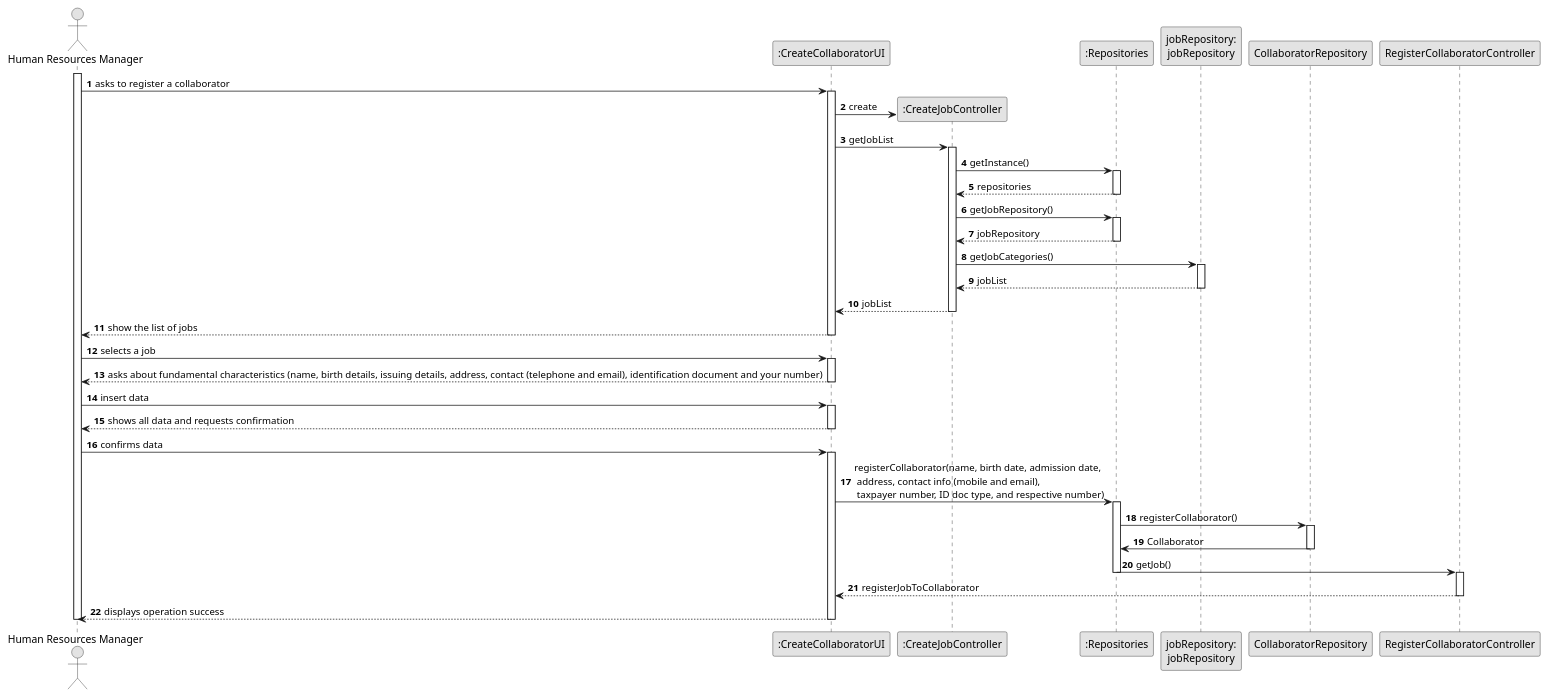
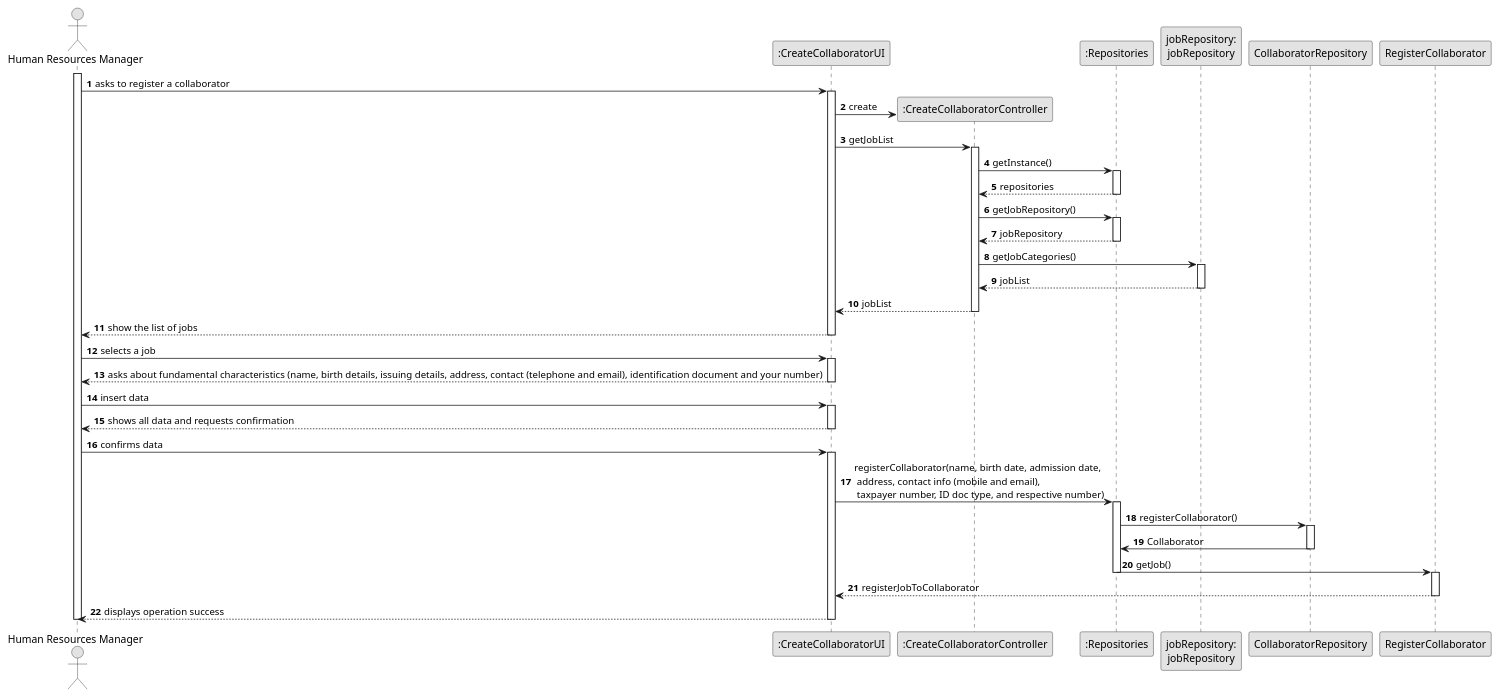
The diagram in docs/sprintB/us003/03.design/puml/us003-sequence-diagram-full.puml (Departamento-de-Engenharia-Informatica/lei-24-s2-1dl-g121), drawn with PlantUML before and after one commit. The commit also changed 2 other files, not shown here.

```diff
--- a/docs/sprintB/us003/03.design/puml/us003-sequence-diagram-full.puml
+++ b/docs/sprintB/us003/03.design/puml/us003-sequence-diagram-full.puml
@@ -1,102 +1,102 @@
 @startuml
 skinparam monochrome true
 skinparam packageStyle rectangle
 skinparam shadowing false
 
 autonumber
 
 'hide footbox
 actor "Human Resources Manager" as ADM
 participant ":CreateCollaboratorUI" as UI
-participant ":CreateJobController" as CTRL
+participant ":CreateCollaboratorController" as CTRL
 participant ":Repositories" as RepositorySingleton
 participant "jobRepository:\njobRepository" as TaskCategoryRepository
 participant "CollaboratorRepository" as SIU
-participant "RegisterCollaboratorController" as POP
+participant "RegisterCollaborator" as POP
 
 
 activate ADM
 
         ADM -> UI : asks to register a collaborator
 
         activate UI
 
 '            UI --> ADM : requests data (reference, description,  informal \n description, technical description, duration, cost)
             'create CTRL
             UI -> CTRL** : create
 
             UI -> CTRL : getJobList
             activate CTRL
 
                 CTRL -> RepositorySingleton : getInstance()
                 activate RepositorySingleton
 
                     RepositorySingleton --> CTRL: repositories
                 deactivate RepositorySingleton
 
                 CTRL -> RepositorySingleton : getJobRepository()
                 activate RepositorySingleton
 
                     RepositorySingleton --> CTRL: jobRepository
                 deactivate RepositorySingleton
 
                 CTRL -> TaskCategoryRepository : getJobCategories()
                 activate TaskCategoryRepository
 
                     TaskCategoryRepository --> CTRL : jobList
                 deactivate TaskCategoryRepository
 
                 CTRL --> UI : jobList
             deactivate CTRL
 
             UI --> ADM : show the list of jobs
         deactivate UI
 
     ADM -> UI : selects a job
     activate UI
 
         UI --> ADM : asks about fundamental characteristics (name, birth details, issuing details, address, contact (telephone and email), identification document and your number)
     deactivate UI
 
     ADM -> UI : insert data
     activate UI
 
         UI --> ADM : shows all data and requests confirmation
     deactivate UI
 
     ADM -> UI : confirms data
     activate UI
 
         UI -> RepositorySingleton : registerCollaborator(name, birth date, admission date, \n address, contact info (mobile and email), \n taxpayer number, ID doc type, and respective number)
         activate RepositorySingleton
 
 
 
 
 
                 RepositorySingleton -> SIU : registerCollaborator()
             activate SIU
 
                 SIU -> RepositorySingleton : Collaborator
             deactivate SIU
 
             RepositorySingleton -> POP : getJob()
             deactivate RepositorySingleton
                  activate POP
 
 
                     POP --> UI : registerJobToCollaborator
                     deactivate POP
 
 
 
 
             deactivate CTRL
 
             deactivate CTRL
             UI --> ADM: displays operation success
     deactivate UI
 
 deactivate ADM
 
 @enduml
```
